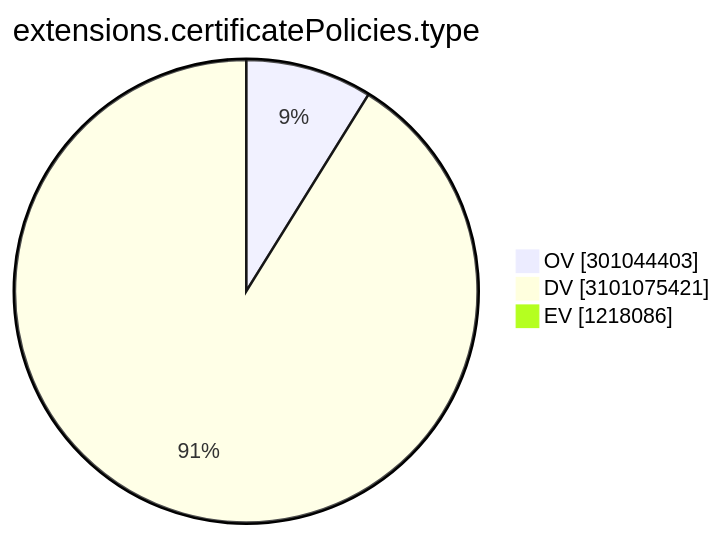
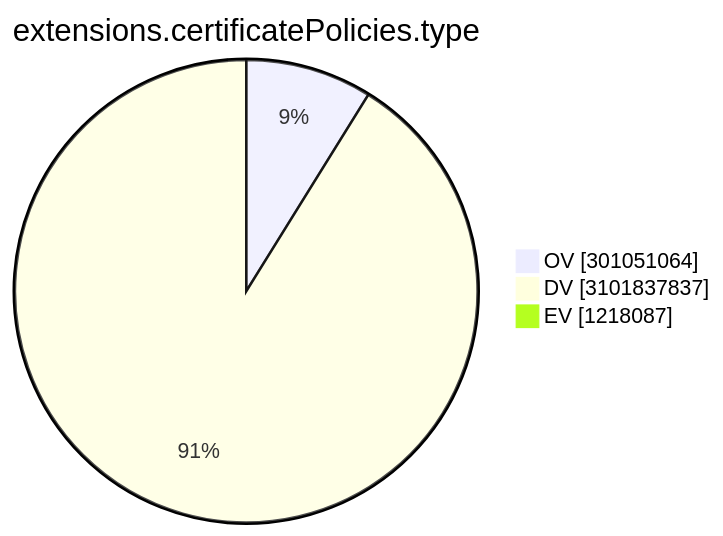
The ninth of 15 diagrams in TOTAL/README.md (christiankrug/ctmonitor_visualization), drawn with Mermaid before and after one commit. The commit also changed other lines of this file, not shown here.

````diff
--- a/TOTAL/README.md
+++ b/TOTAL/README.md
@@ -3103,7 +3103,7 @@
 ```mermaid
 pie showData
 title extensions.certificatePolicies.type
-"OV" :301044403
-"DV" :3101075421
-"EV" :1218086
+"OV" :301051064
+"DV" :3101837837
+"EV" :1218087
 ```
````
